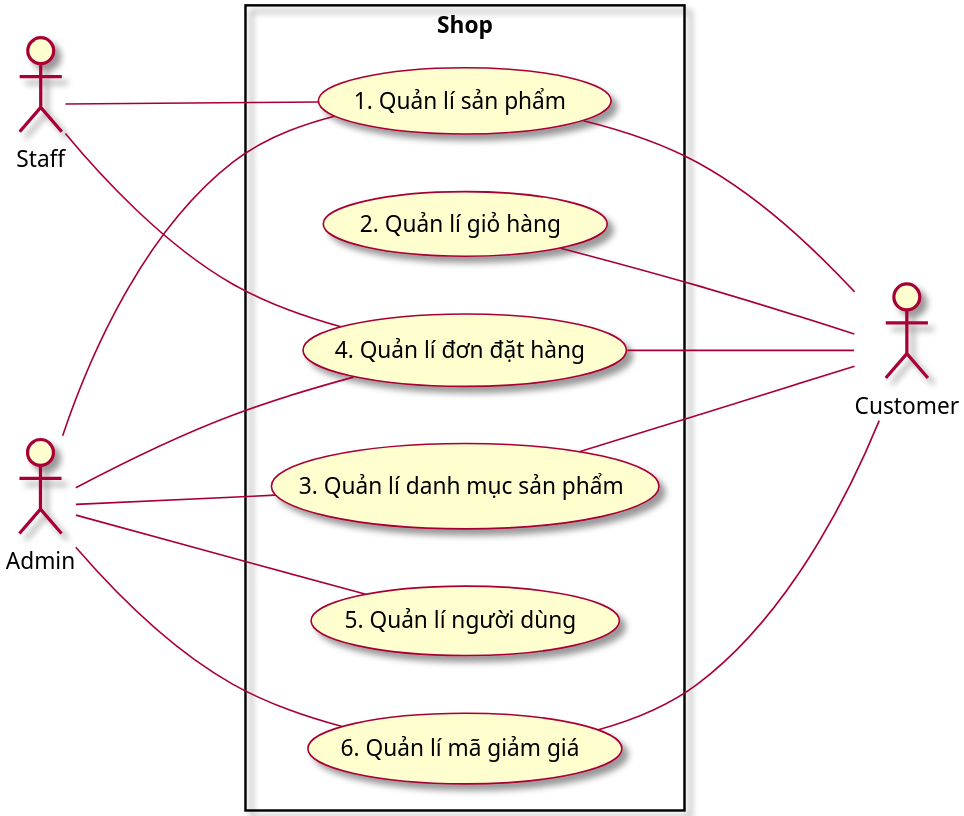
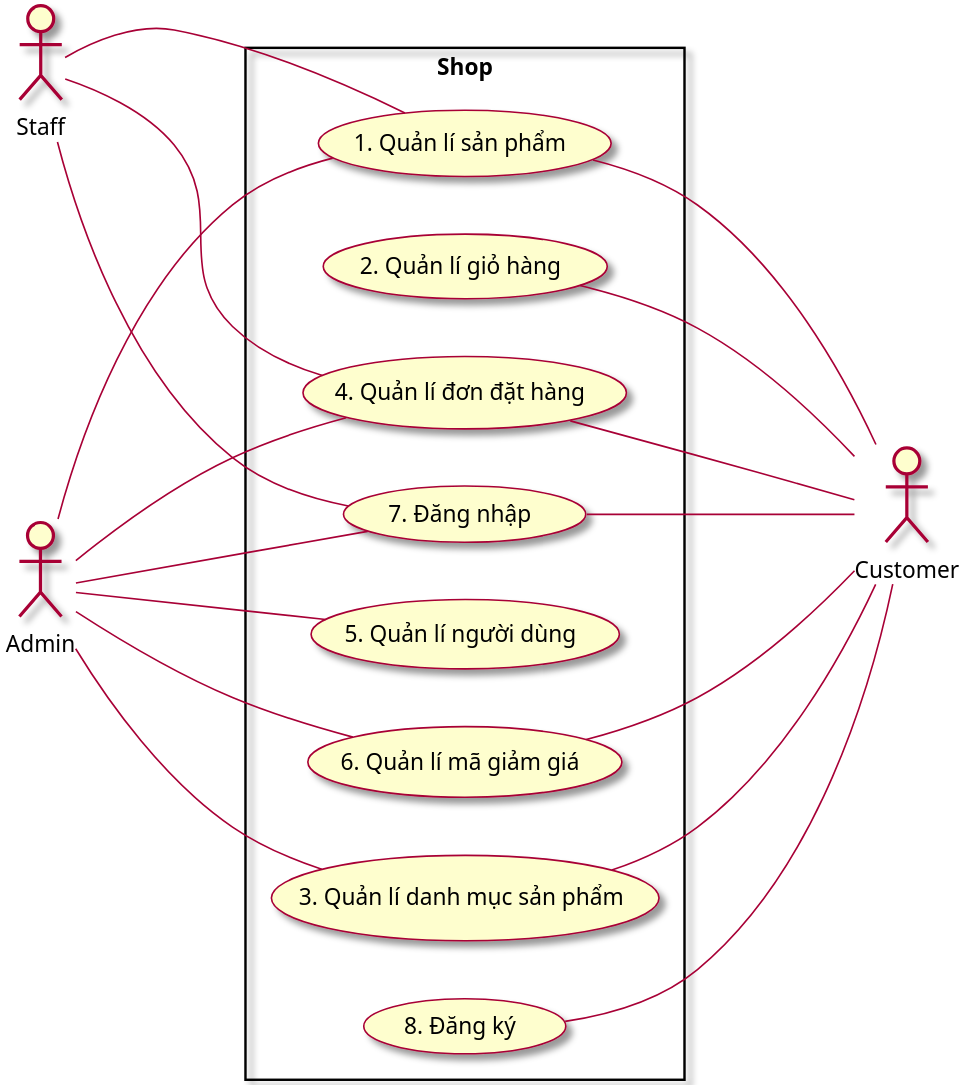
One commit to Marowota/ecommerce-plantuml changed the diagram in Usecase/0. GeneralUsecase.puml. Above: the diagram before and after it, drawn with PlantUML.

Commit message:
update uc 0

```diff
--- a/Usecase/0. GeneralUsecase.puml
+++ b/Usecase/0. GeneralUsecase.puml
@@ -1,36 +1,42 @@
 @startuml GeneralUsecase
 skin rose
 scale 3
 
 left to right direction
 
 actor Admin as admin
 actor Customer as customer
 actor Staff as staff
 
 rectangle "Shop" {
     usecase (1. Quản lí sản phẩm) as qlsp
     usecase (2. Quản lí giỏ hàng) as qlgh
     usecase (3. Quản lí danh mục sản phẩm) as qldmsp
     usecase (4. Quản lí đơn đặt hàng) as qlddh
     usecase (5. Quản lí người dùng) as qlnd
     usecase (6. Quản lí mã giảm giá) as qlmgg
+    usecase (7. Đăng nhập) as dn
+    usecase (8. Đăng ký) as dk
 }
 
 admin --- qlsp
 admin --- qldmsp
 admin --- qlddh
 admin --- qlnd
 admin --- qlmgg
+admin --- dn
 
 qlsp --- customer
 qlgh --- customer
 qldmsp --- customer
 qlddh --- customer
 qlmgg --- customer
+dn --- customer
+dk --- customer
 
 staff --- qlsp
 staff --- qlddh
+staff --- dn
 
 
 @enduml
```
